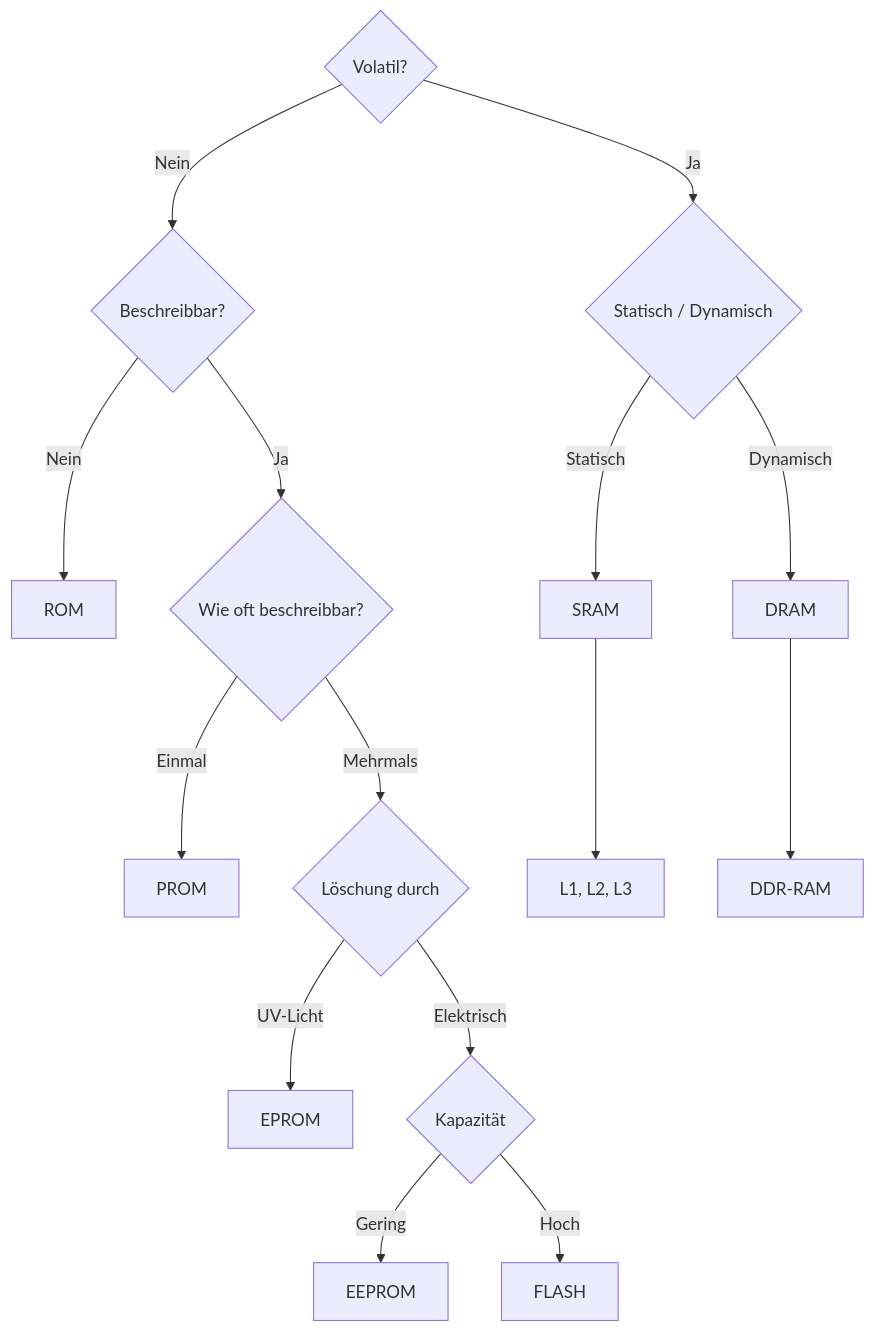
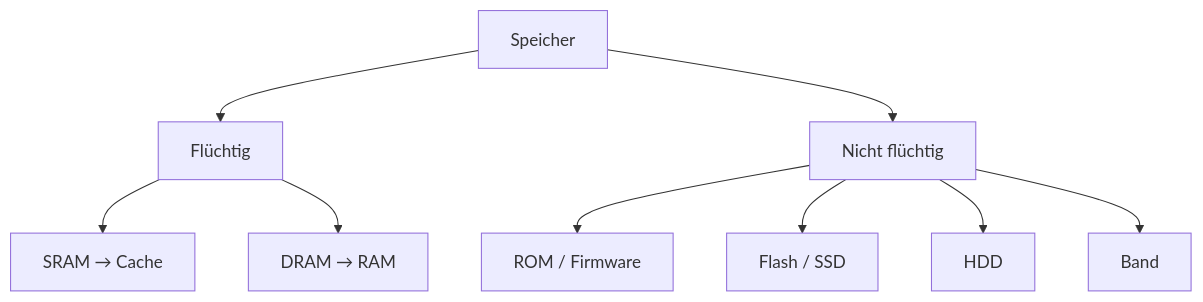
The second of 3 diagrams in notes/2026/Systemtechnik/WED/2026-03-17_Systemtechnik_WED_speicherhierarchie.md (seanconroy-dev/FIAE_Umschulung_Notes), drawn with Mermaid before and after one commit. The commit also changed other lines of this file, not shown here.

````diff
--- a/notes/2026/Systemtechnik/WED/2026-03-17_Systemtechnik_WED_speicherhierarchie.md
+++ b/notes/2026/Systemtechnik/WED/2026-03-17_Systemtechnik_WED_speicherhierarchie.md
@@ -227,25 +163,13 @@
 ```mermaid
 flowchart TD
-  A{"Volatil?"}
+  A["Speicher"] --> B["Flüchtig"]
+  A --> C["Nicht flüchtig"]
 
-  A -->|Nein| B{"Beschreibbar?"}
-  A -->|Ja| C{"Statisch / Dynamisch"}
+  B --> SRAM["SRAM → Cache"]
+  B --> DRAM["DRAM → RAM"]
 
-  B -->|Nein| ROM["ROM"]
-  B -->|Ja| D{"Wie oft beschreibbar?"}
-
-  D -->|Einmal| PROM["PROM"]
-  D -->|Mehrmals| E{"Löschung durch"}
-
-  E -->|UV-Licht| EPROM["EPROM"]
-  E -->|Elektrisch| F{"Kapazität"}
-
-  F -->|Gering| EEPROM["EEPROM"]
-  F -->|Hoch| FLASH["FLASH"]
-
-  C -->|Statisch| SRAM["SRAM"]
-  C -->|Dynamisch| DRAM["DRAM"]
-
-  SRAM --> CACHE["L1, L2, L3"]
-  DRAM --> DDR["DDR-RAM"]
+  C --> ROM["ROM / Firmware"]
+  C --> FLASH["Flash / SSD"]
+  C --> HDD["HDD"]
+  C --> BAND["Band"]
 ```
````
